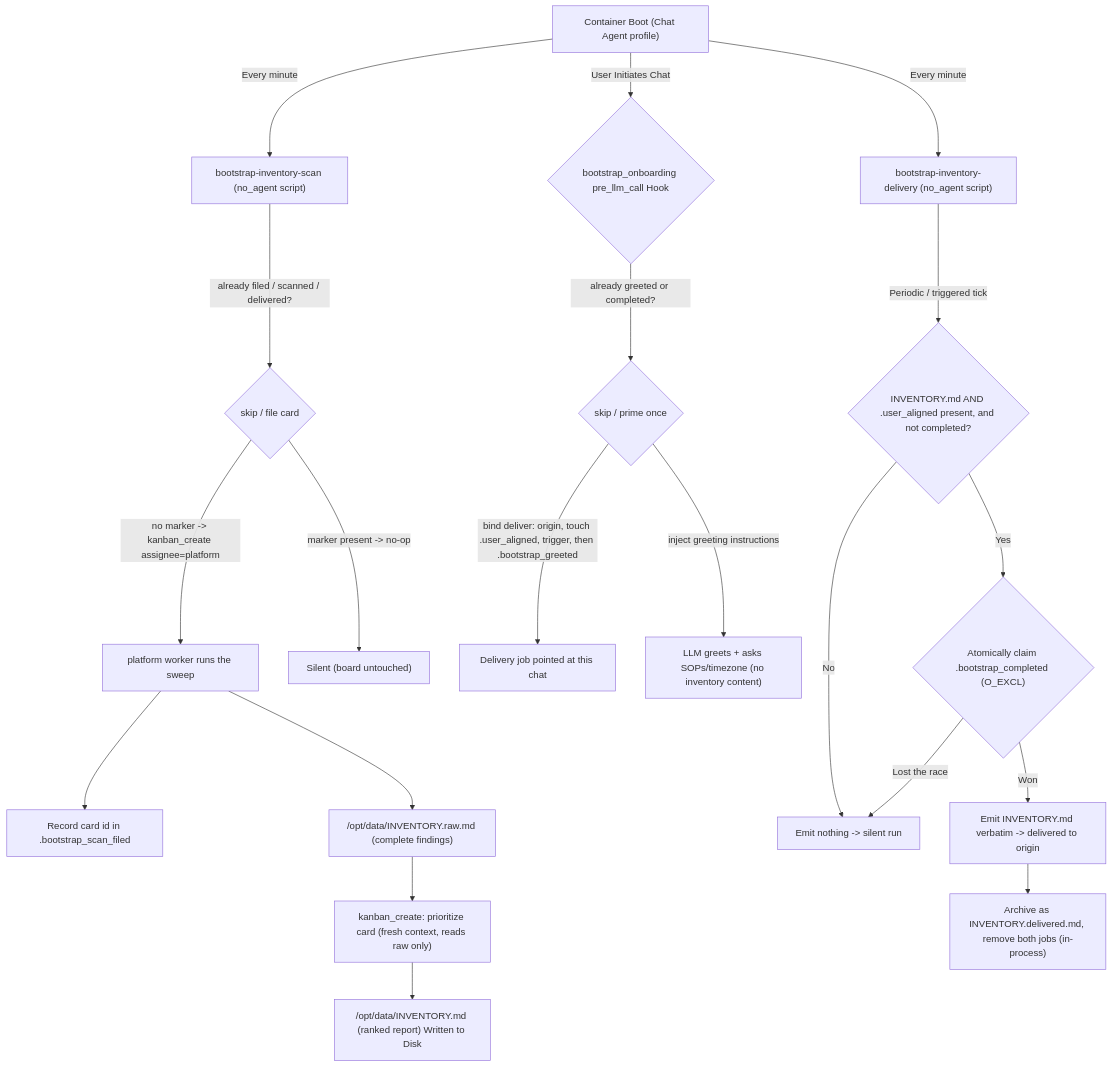
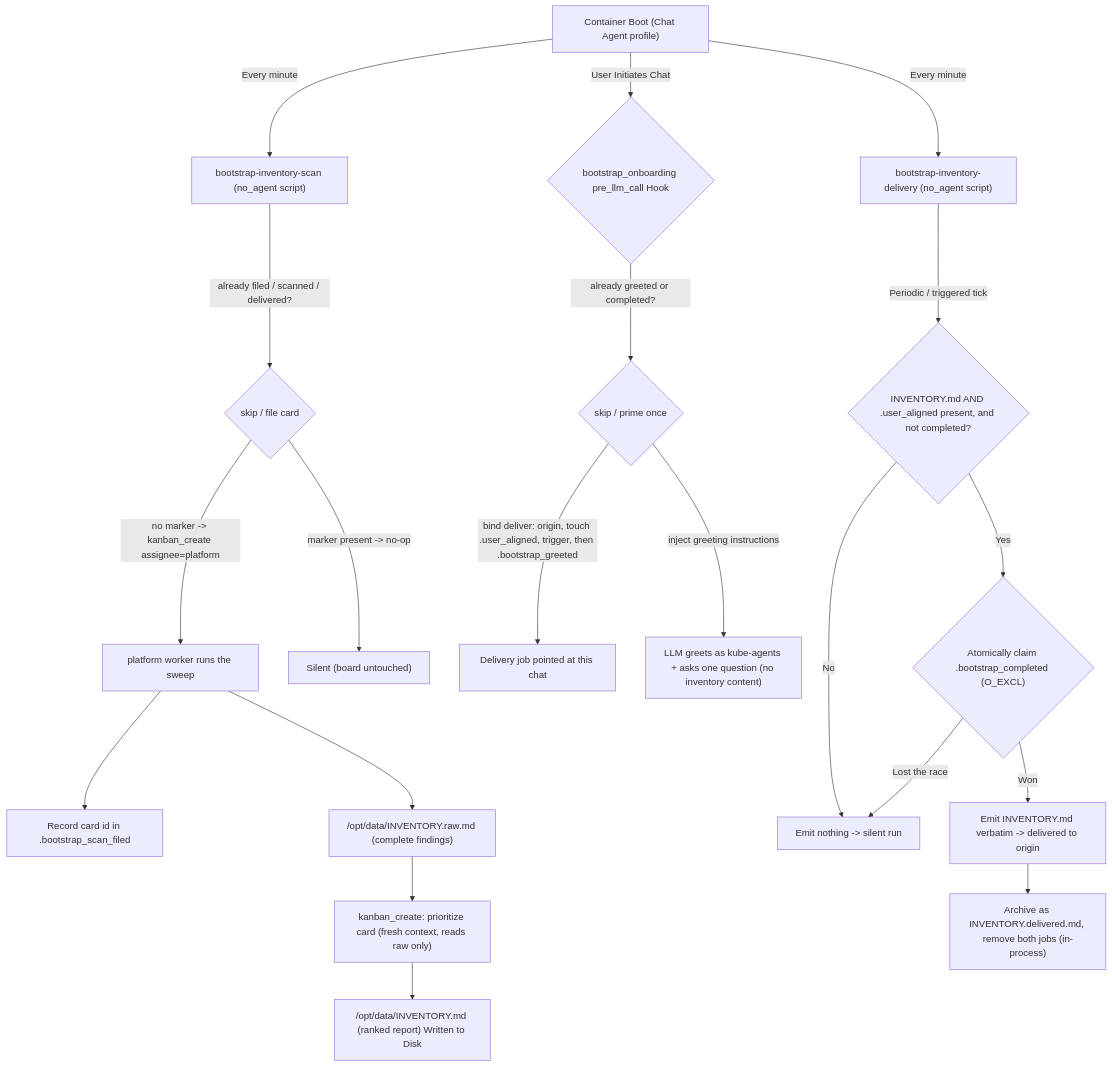
The first of 3 diagrams in agents/chat/defaults/plugins/bootstrap_onboarding/README.md (Fuxiao-Gao/kube-agents), drawn with Mermaid before and after one commit. The commit also changed other lines of this file and 15 other files, not shown here.

Commit message:
feat(chat): shorten the first-install greeting to one question (#2168)

````diff
--- a/agents/chat/defaults/plugins/bootstrap_onboarding/README.md
+++ b/agents/chat/defaults/plugins/bootstrap_onboarding/README.md
@@ -49,25 +49,25 @@
 ```mermaid
 graph TD
     A["Container Boot (Chat Agent profile)"] -->|Every minute| B["bootstrap-inventory-scan (no_agent script)"]
     A -->|Every minute| C["bootstrap-inventory-delivery (no_agent script)"]
     A -->|User Initiates Chat| D{"bootstrap_onboarding pre_llm_call Hook"}
 
     B -->|already filed / scanned / delivered?| B2{"skip / file card"}
     B2 -->|no marker -> kanban_create assignee=platform| P["platform worker runs the sweep"]
     P --> PM["Record card id in .bootstrap_scan_filed"]
     P --> R["/opt/data/INVENTORY.raw.md (complete findings)"]
     R --> Q["kanban_create: prioritize card (fresh context, reads raw only)"]
     Q --> E["/opt/data/INVENTORY.md (ranked report) Written to Disk"]
     B2 -->|marker present -> no-op| F["Silent (board untouched)"]
 
     D -->|already greeted or completed?| DG{"skip / prime once"}
     DG -->|bind deliver: origin, touch .user_aligned, trigger, then .bootstrap_greeted| G["Delivery job pointed at this chat"]
-    DG -->|inject greeting instructions| H["LLM greets + asks SOPs/timezone (no inventory content)"]
+    DG -->|inject greeting instructions| H["LLM greets as kube-agents + asks one question (no inventory content)"]
 
     C -->|Periodic / triggered tick| I{"INVENTORY.md AND .user_aligned present, and not completed?"}
     I -->|No| J["Emit nothing -> silent run"]
     I -->|Yes| CL{"Atomically claim .bootstrap_completed (O_EXCL)"}
     CL -->|Lost the race| J
     CL -->|Won| K["Emit INVENTORY.md verbatim -> delivered to origin"]
     K --> L["Archive as INVENTORY.delivered.md, remove both jobs (in-process)"]
 ```
````
